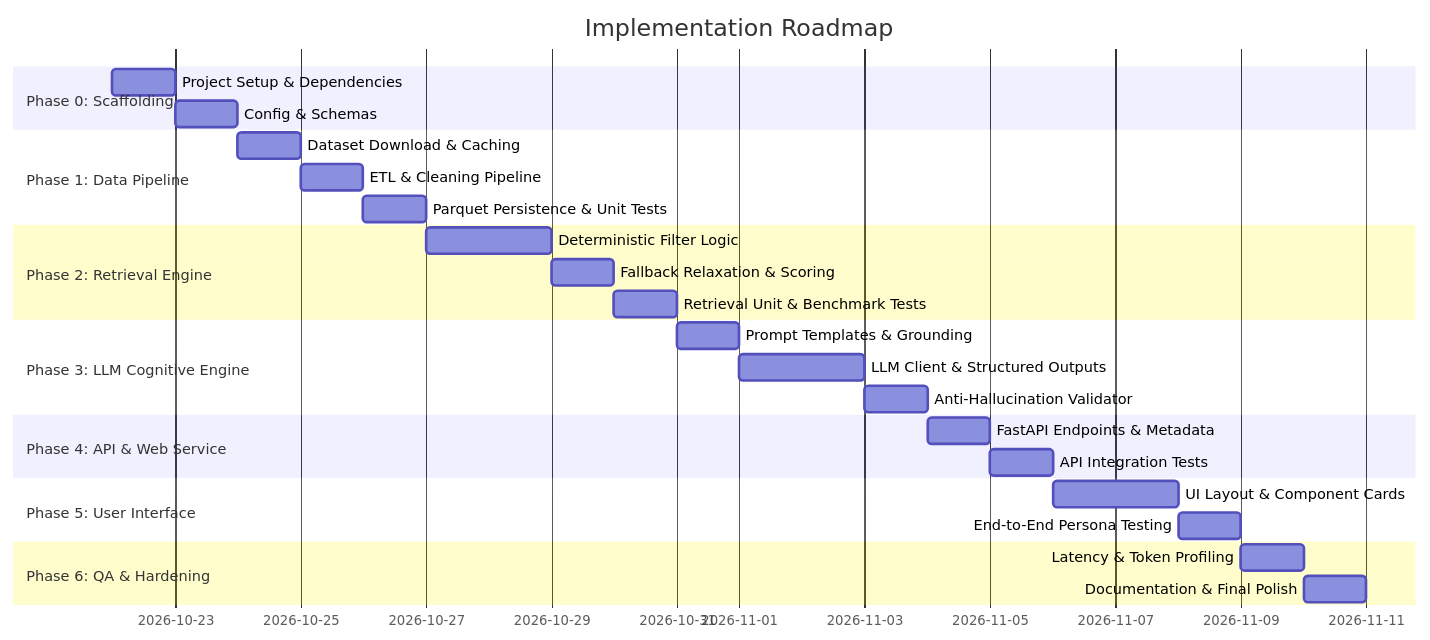
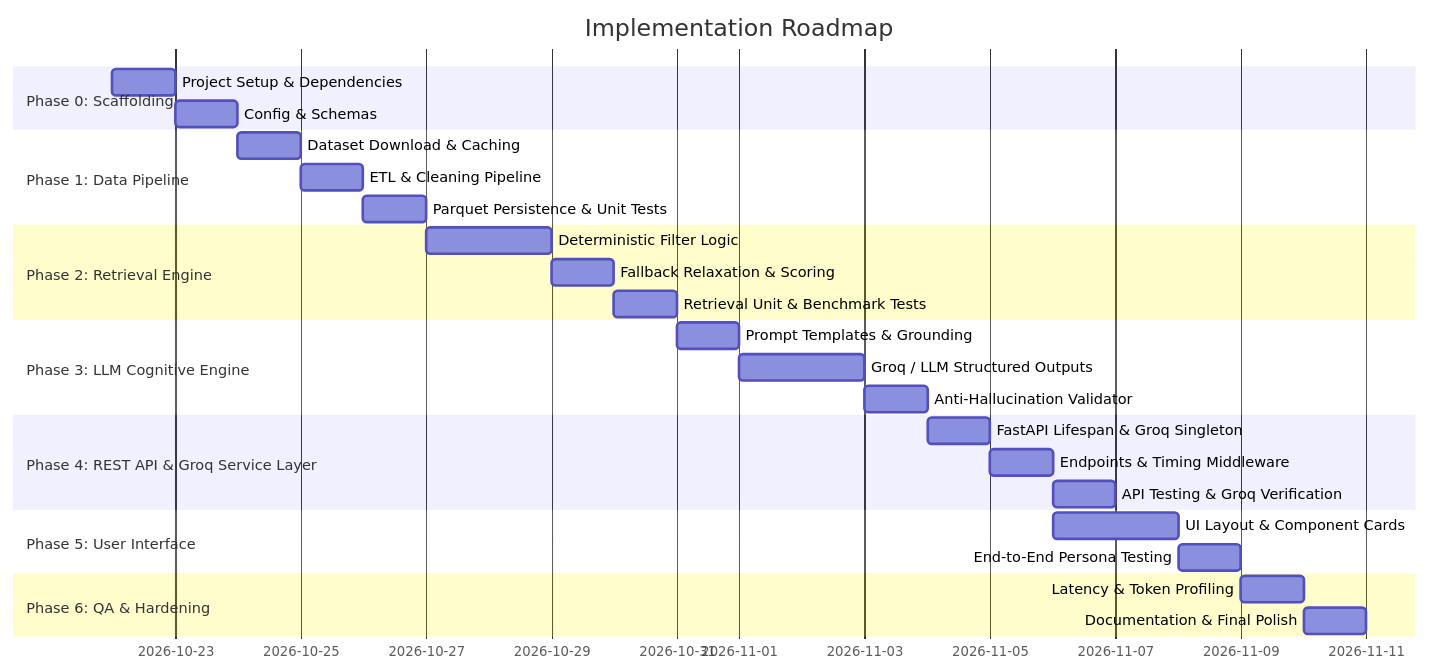
Before and after one commit to creativemayank11-crypto/Zomato-AI-restaurant-recommendation: the diagram in implementation-plan.md, drawn with Mermaid. The commit also changed other lines of this file and 30 other files, not shown here.

````diff
--- a/implementation-plan.md
+++ b/implementation-plan.md
@@ -19,29 +19,30 @@
 ```mermaid
 gantt
     title Implementation Roadmap
     dateFormat  YYYY-MM-DD
     section Phase 0: Scaffolding
     Project Setup & Dependencies         :p0_1, 2026-10-22, 1d
     Config & Schemas                     :p0_2, after p0_1, 1d
     section Phase 1: Data Pipeline
     Dataset Download & Caching           :p1_1, after p0_2, 1d
     ETL & Cleaning Pipeline              :p1_2, after p1_1, 1d
     Parquet Persistence & Unit Tests     :p1_3, after p1_2, 1d
     section Phase 2: Retrieval Engine
     Deterministic Filter Logic           :p2_1, after p1_3, 2d
     Fallback Relaxation & Scoring        :p2_2, after p2_1, 1d
     Retrieval Unit & Benchmark Tests     :p2_3, after p2_2, 1d
     section Phase 3: LLM Cognitive Engine
     Prompt Templates & Grounding         :p3_1, after p2_3, 1d
-    LLM Client & Structured Outputs      :p3_2, after p3_1, 2d
+    Groq / LLM Structured Outputs        :p3_2, after p3_1, 2d
     Anti-Hallucination Validator         :p3_3, after p3_2, 1d
-    section Phase 4: API & Web Service
-    FastAPI Endpoints & Metadata         :p4_1, after p3_3, 1d
-    API Integration Tests                :p4_2, after p4_1, 1d
+    section Phase 4: REST API & Groq Service Layer
+    FastAPI Lifespan & Groq Singleton    :p4_1, after p3_3, 1d
+    Endpoints & Timing Middleware        :p4_2, after p4_1, 1d
+    API Testing & Groq Verification      :p4_3, after p4_2, 1d
     section Phase 5: User Interface
     UI Layout & Component Cards          :p5_1, after p4_2, 2d
     End-to-End Persona Testing           :p5_2, after p5_1, 1d
     section Phase 6: QA & Hardening
     Latency & Token Profiling            :p6_1, after p5_2, 1d
     Documentation & Final Polish         :p6_2, after p6_1, 1d
 ```
````
